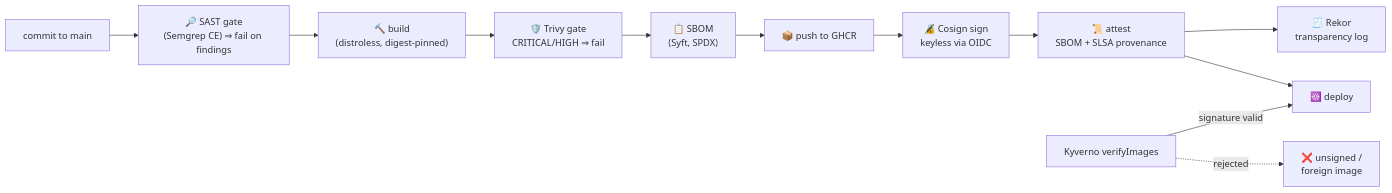
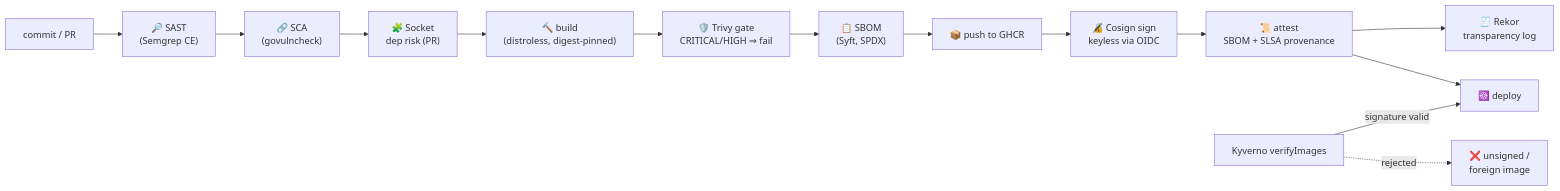
Before and after one commit to alice101-dev/supply-chain-secure-build: the diagram in README.md, drawn with Mermaid.

Commit message:
Add SCA (govulncheck) and Socket gates to pipeline diagram

````diff
--- a/README.md
+++ b/README.md
@@ -30,14 +30,16 @@
 ```mermaid
 graph LR
-    C["commit to main"] --> G["🔎 SAST gate<br>(Semgrep CE) ⇒ fail on findings"]
-    G --> B["🔨 build<br>(distroless, digest-pinned)"]
+    C["commit / PR"] --> G["🔎 SAST<br>(Semgrep CE)"]
+    G --> GV["🔗 SCA<br>(govulncheck)"]
+    GV --> SK["🧩 Socket<br>dep risk (PR)"]
+    SK --> B["🔨 build<br>(distroless, digest-pinned)"]
     B --> T["🛡️ Trivy gate<br>CRITICAL/HIGH ⇒ fail"]
     T --> S["📋 SBOM<br>(Syft, SPDX)"]
     S --> P["📦 push to GHCR"]
     P --> K["🔏 Cosign sign<br>keyless via OIDC"]
     K --> A["📜 attest<br>SBOM + SLSA provenance"]
     A --> R["🧾 Rekor<br>transparency log"]
     A --> D["☸️ deploy"]
     V["Kyverno verifyImages"] -->|signature valid| D
     V -.rejected.-> U["❌ unsigned /<br>foreign image"]
 ```
````
